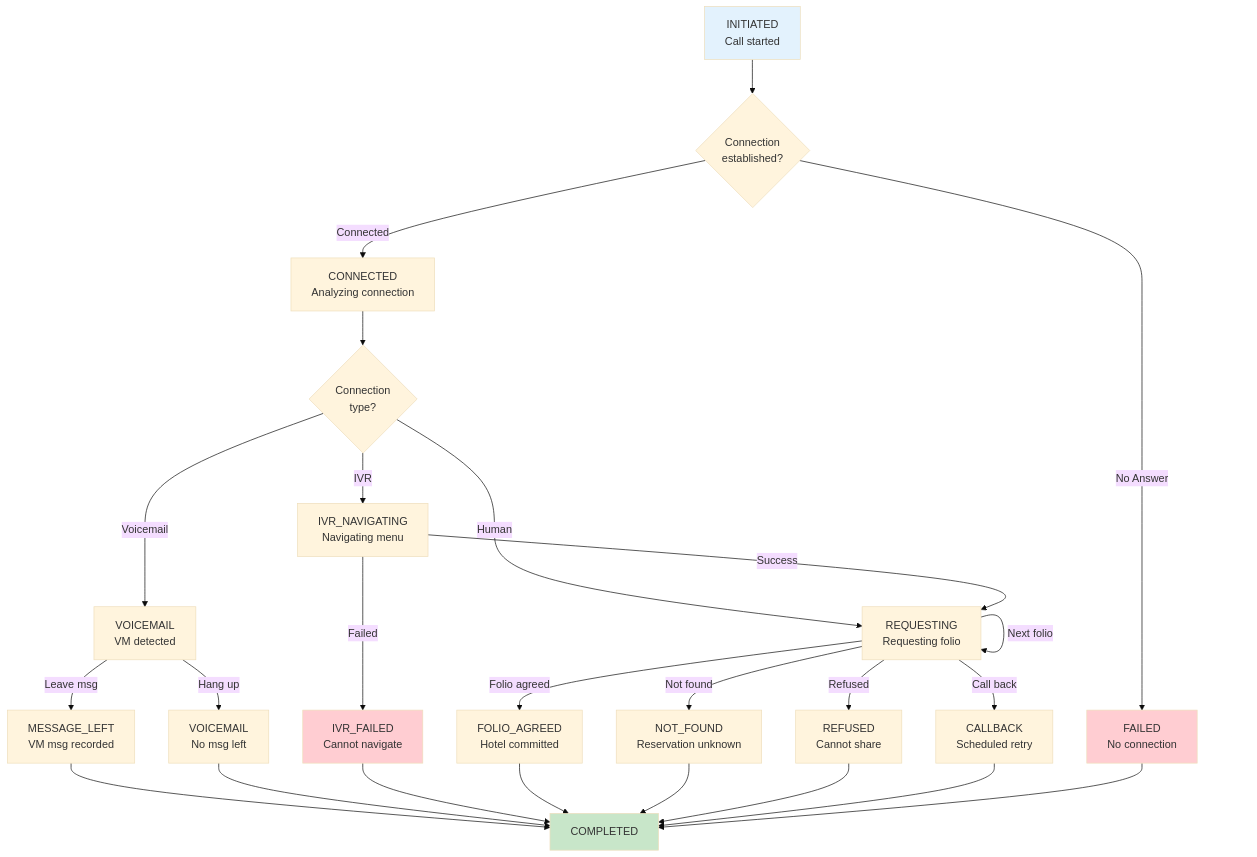
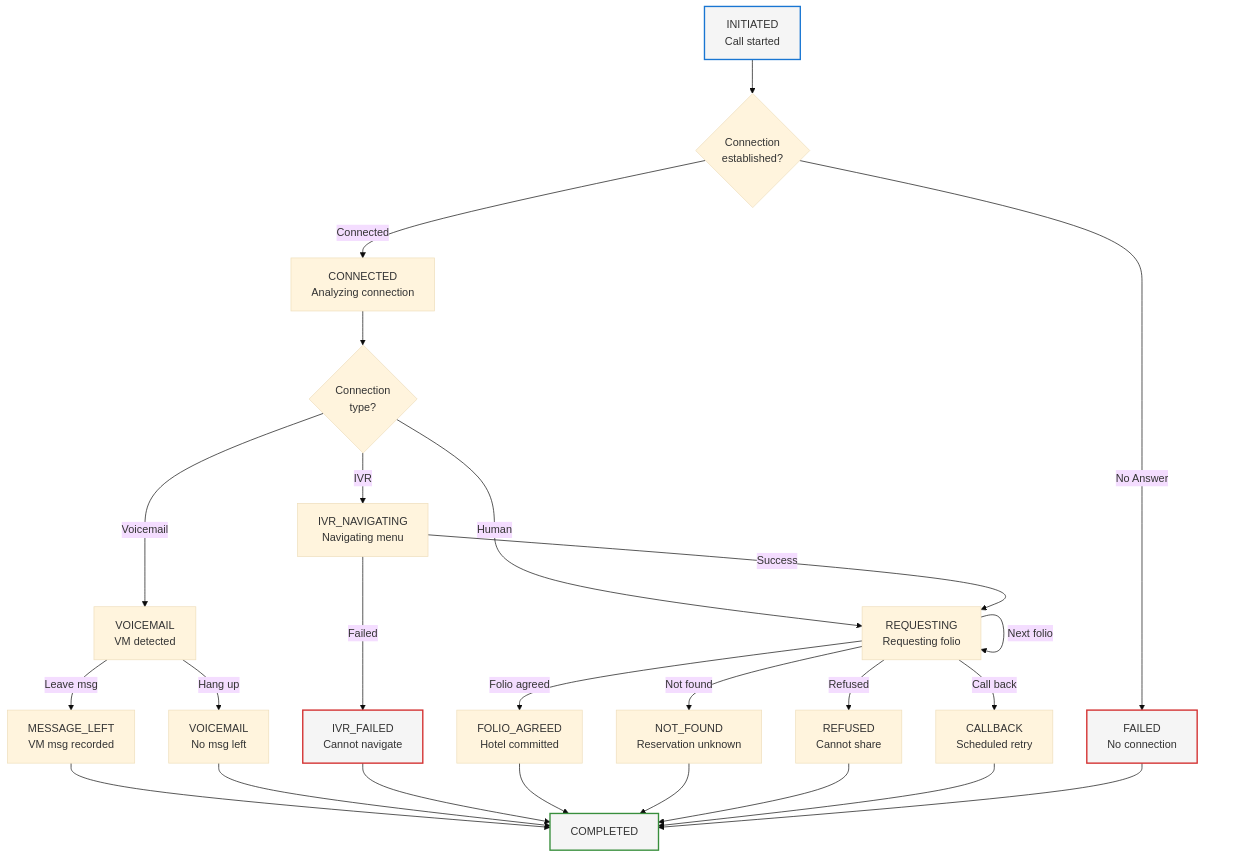
Before and after one commit to Org-for-Folio-AI/FolioAISpecs: the first of 2 diagrams in design/components/03-Call-Handler.md, drawn with Mermaid (base theme). The commit also changed other lines of this file and 11 other files, not shown here.

First line of the commit message:
Update mermaid diagram colors for dark and light mode compatibility

````diff
--- a/design/components/03-Call-Handler.md
+++ b/design/components/03-Call-Handler.md
@@ -57,37 +57,37 @@
 ```mermaid
 graph TD
     A["INITIATED<br/>Call started"] --> B{Connection<br/>established?}
     B -->|No Answer| E["FAILED<br/>No connection"]
     B -->|Connected| C["CONNECTED<br/>Analyzing connection"]
 
     C --> D{Connection<br/>type?}
     D -->|Voicemail| F["VOICEMAIL<br/>VM detected"]
     D -->|IVR| G["IVR_NAVIGATING<br/>Navigating menu"]
     D -->|Human| H["REQUESTING<br/>Requesting folio"]
 
     F -->|Leave msg| I["MESSAGE_LEFT<br/>VM msg recorded"]
     F -->|Hang up| J["VOICEMAIL<br/>No msg left"]
 
     G -->|Success| H
     G -->|Failed| K["IVR_FAILED<br/>Cannot navigate"]
 
     H -->|Folio agreed| L["FOLIO_AGREED<br/>Hotel committed"]
     H -->|Not found| M["NOT_FOUND<br/>Reservation unknown"]
     H -->|Refused| N["REFUSED<br/>Cannot share"]
     H -->|Call back| O["CALLBACK<br/>Scheduled retry"]
     H -->|Next folio| H
 
     I --> Q["COMPLETED"]
     J --> Q
     K --> Q
     L --> Q
     M --> Q
     N --> Q
     O --> Q
     E --> Q
 
-    style A fill:#e3f2fd
-    style Q fill:#c8e6c9
-    style E fill:#ffcdd2
-    style K fill:#ffcdd2
+    style A stroke:#1976d2,fill:#f5f5f5,stroke-width:2px
+    style Q stroke:#388e3c,fill:#f5f5f5,stroke-width:2px
+    style E stroke:#d32f2f,fill:#f5f5f5,stroke-width:2px
+    style K stroke:#d32f2f,fill:#f5f5f5,stroke-width:2px
 ```
````
